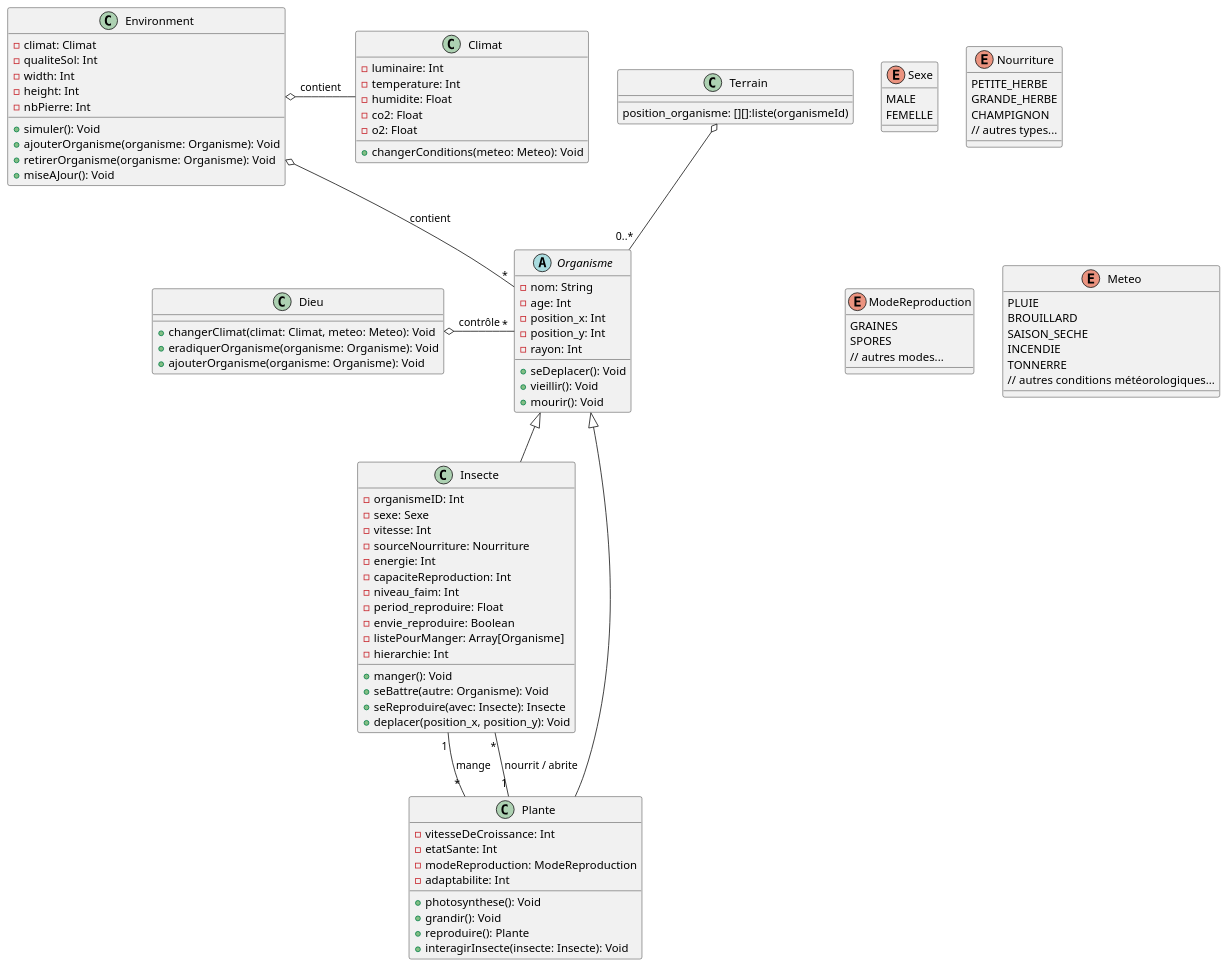
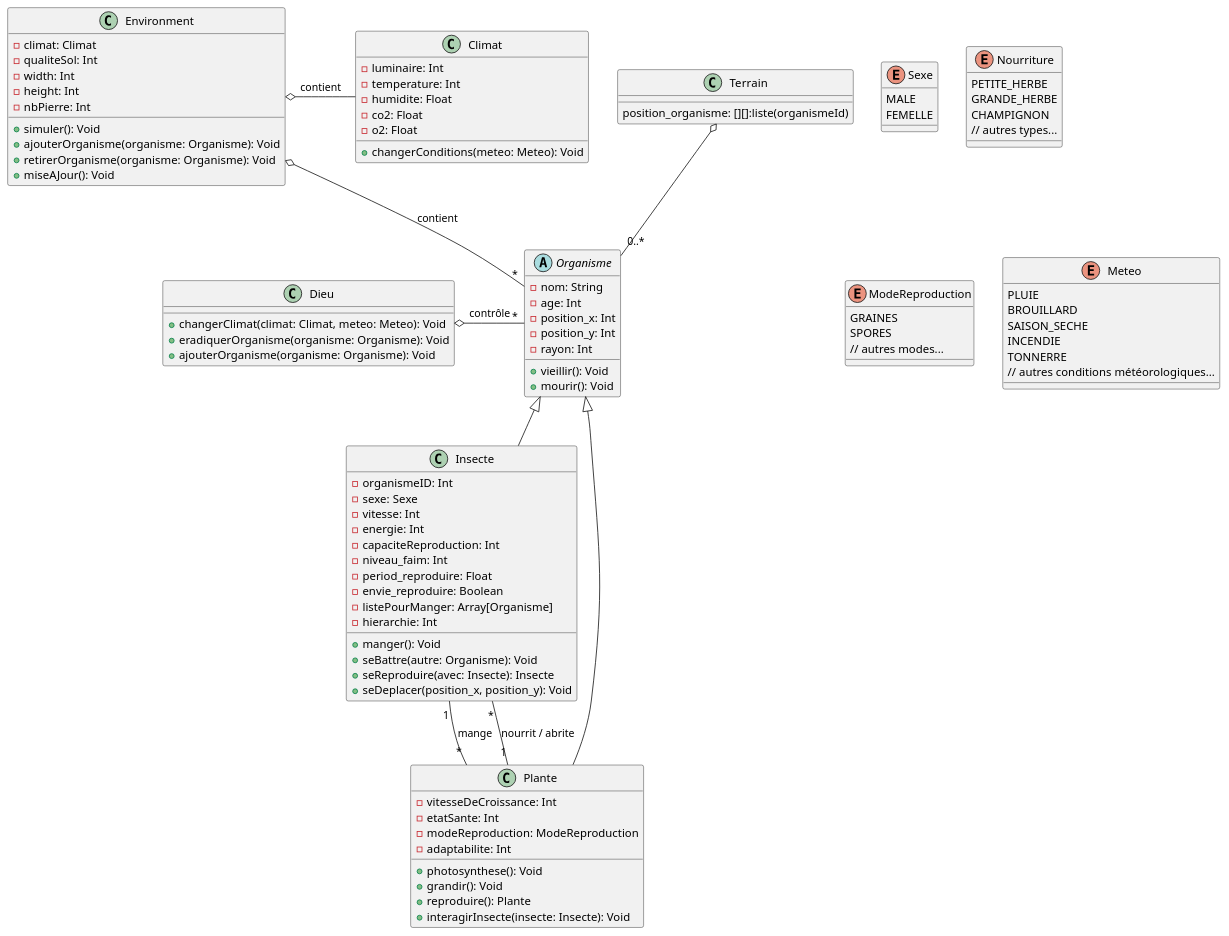
Before and after one commit to Sandrineavida/Vivarium_Multi-Agent_Golang: the diagram in vivarium_uml.puml, drawn with PlantUML. The commit also changed 5 other files, not shown here.

```diff
--- a/vivarium_uml.puml
+++ b/vivarium_uml.puml
@@ -1,108 +1,106 @@
 @startuml
 
 abstract class Organisme {
    - nom: String
    - age: Int
    - position_x: Int
    - position_y: Int
    - rayon: Int
-   + seDeplacer(): Void
    + vieillir(): Void
    + mourir(): Void
 }
 
 class Insecte extends Organisme {
    - organismeID: Int
    - sexe: Sexe
    - vitesse: Int
-   - sourceNourriture: Nourriture
    - energie: Int
    - capaciteReproduction: Int
    - niveau_faim: Int
    - period_reproduire: Float
    - envie_reproduire: Boolean
    - listePourManger: Array[Organisme]
    - hierarchie: Int
    + manger(): Void
    + seBattre(autre: Organisme): Void
    + seReproduire(avec: Insecte): Insecte
-   + deplacer(position_x, position_y): Void
+   + seDeplacer(position_x, position_y): Void
 }
 
 class Plante extends Organisme {
    - vitesseDeCroissance: Int
    - etatSante: Int
    - modeReproduction: ModeReproduction
    - adaptabilite: Int
    + photosynthese(): Void
    + grandir(): Void
    + reproduire(): Plante
    + interagirInsecte(insecte: Insecte): Void
 }
 
 enum Sexe {
    MALE
    FEMELLE
 }
 
 enum Nourriture {
    PETITE_HERBE
    GRANDE_HERBE
    CHAMPIGNON
    // autres types...
 }
 
 enum ModeReproduction {
    GRAINES
    SPORES
    // autres modes...
 }
 
 class Climat {
    - luminaire: Int
    - temperature: Int
    - humidite: Float
    - co2: Float
    - o2: Float
    + changerConditions(meteo: Meteo): Void
 }
 
 class Dieu {
    + changerClimat(climat: Climat, meteo: Meteo): Void
    + eradiquerOrganisme(organisme: Organisme): Void
    + ajouterOrganisme(organisme: Organisme): Void
 }
 
 class Environment {
    - climat: Climat
    - qualiteSol: Int
    - width: Int
    - height: Int
    - nbPierre: Int
    + simuler(): Void
    + ajouterOrganisme(organisme: Organisme): Void
    + retirerOrganisme(organisme: Organisme): Void
    + miseAJour(): Void
 }
 
 enum Meteo {
    PLUIE
    BROUILLARD
    SAISON_SECHE
    INCENDIE
    TONNERRE
    // autres conditions météorologiques...
 }
 
 class Terrain {
     position_organisme: [][]:liste(organismeId)
 }
 
 Insecte "1" -- "*" Plante : mange
 Plante "1" -- "*" Insecte : nourrit / abrite
 Dieu o- "*" Organisme : contrôle
 Environment o- Climat : contient
 Environment o-- "*" Organisme : contient
 Terrain o-- "0..*" Organisme
 
 @enduml
```
